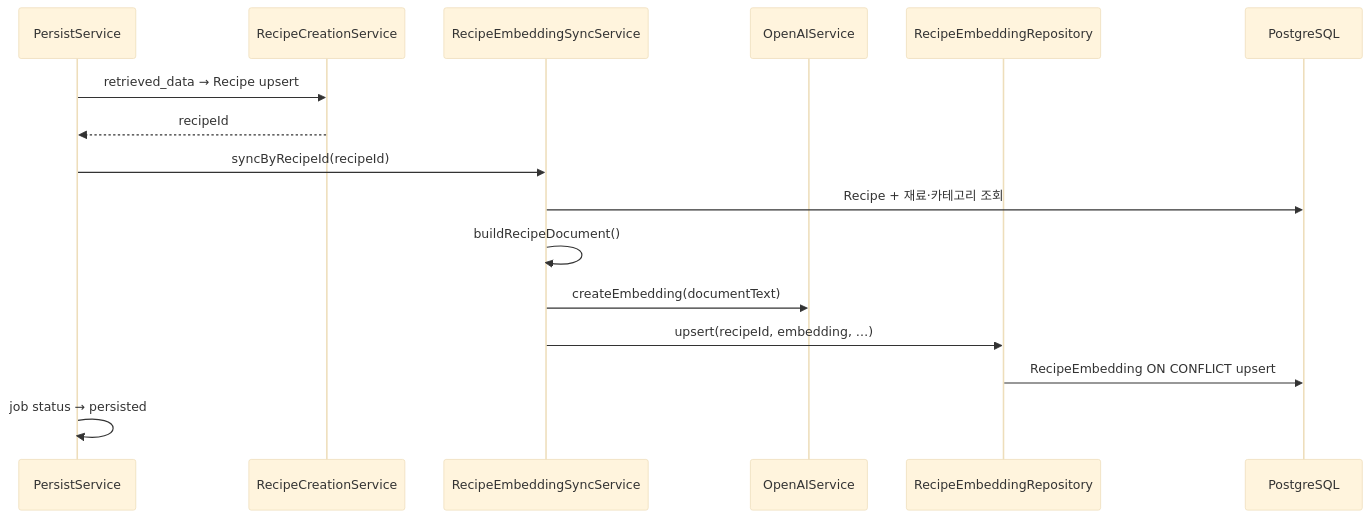
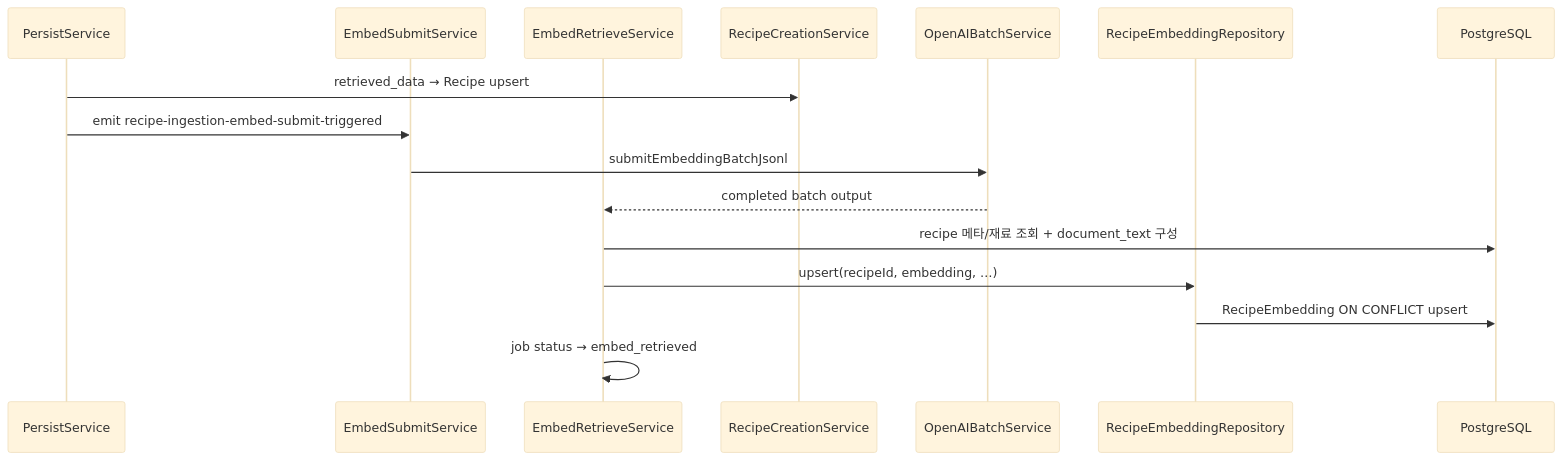
Before and after one commit to tkddnr1022/mealio: the first of 2 diagrams in docs/docs/consumer/recipe-embedding.md, drawn with Mermaid (base theme). The commit also changed other lines of this file and 81 other files, not shown here.

First line of the commit message:
Feat: enhance recipe ingestion process with new parsing and embedding stages

````diff
--- a/docs/docs/consumer/recipe-embedding.md
+++ b/docs/docs/consumer/recipe-embedding.md
@@ -37,19 +37,19 @@
 ```mermaid
 sequenceDiagram
     participant PS as PersistService
+    participant ESU as EmbedSubmitService
+    participant ESR as EmbedRetrieveService
     participant RC as RecipeCreationService
-    participant ES as RecipeEmbeddingSyncService
-    participant OAI as OpenAIService
+    participant OAI as OpenAIBatchService
     participant RE as RecipeEmbeddingRepository
     participant PG as PostgreSQL
 
     PS->>RC: retrieved_data → Recipe upsert
-    RC-->>PS: recipeId
-    PS->>ES: syncByRecipeId(recipeId)
-    ES->>PG: Recipe + 재료·카테고리 조회
-    ES->>ES: buildRecipeDocument()
-    ES->>OAI: createEmbedding(documentText)
-    ES->>RE: upsert(recipeId, embedding, …)
+    PS->>ESU: emit recipe-ingestion-embed-submit-triggered
+    ESU->>OAI: submitEmbeddingBatchJsonl
+    OAI-->>ESR: completed batch output
+    ESR->>PG: recipe 메타/재료 조회 + document_text 구성
+    ESR->>RE: upsert(recipeId, embedding, …)
     RE->>PG: RecipeEmbedding ON CONFLICT upsert
-    PS->>PS: job status → persisted
+    ESR->>ESR: job status → embed_retrieved
 ```
````
